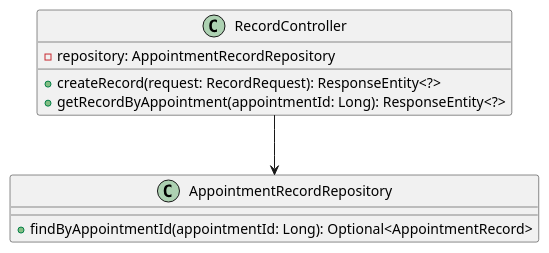
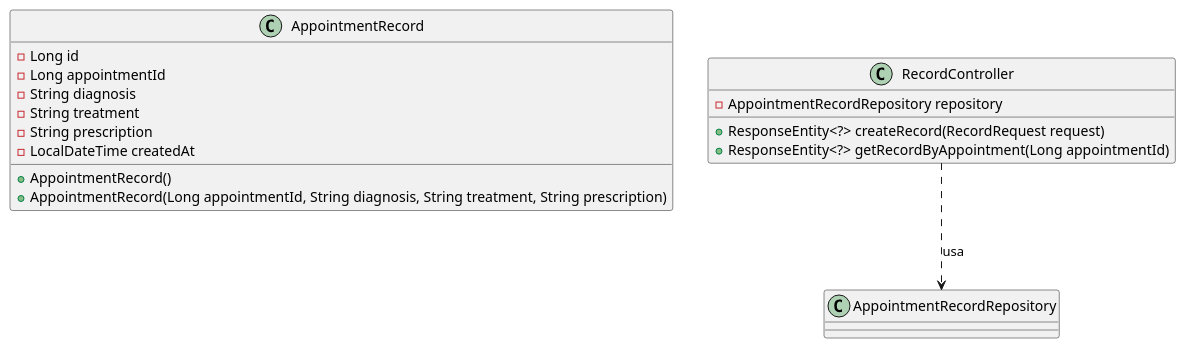
Before and after one commit to LucasSantanaAraujo/Distributed-System-Healthcare-Administration-Platform: the diagram in clinic/notes-service/docs/CD.puml, drawn with PlantUML. The commit also changed 8 other files, not shown here.

Commit message:
Diagrama de classes, sequencia, container e system context

```diff
--- a/clinic/notes-service/docs/CD.puml
+++ b/clinic/notes-service/docs/CD.puml
@@ -1,13 +1,20 @@
-@startuml Class Diagram - Notes-Service
-class RecordController {
-    - repository: AppointmentRecordRepository
-    + createRecord(request: RecordRequest): ResponseEntity<?>
-    + getRecordByAppointment(appointmentId: Long): ResponseEntity<?>
+@startuml UML Class Diagram - Notes-Service
+class AppointmentRecord {
+    - Long id
+    - Long appointmentId
+    - String diagnosis
+    - String treatment
+    - String prescription
+    - LocalDateTime createdAt
+    + AppointmentRecord()
+    + AppointmentRecord(Long appointmentId, String diagnosis, String treatment, String prescription)
 }
 
-class AppointmentRecordRepository {
-    + findByAppointmentId(appointmentId: Long): Optional<AppointmentRecord>
+class RecordController {
+    - AppointmentRecordRepository repository
+    + ResponseEntity<?> createRecord(RecordRequest request)
+    + ResponseEntity<?> getRecordByAppointment(Long appointmentId)
 }
 
-RecordController --> AppointmentRecordRepository
+RecordController ..> AppointmentRecordRepository : usa
 @enduml
```
